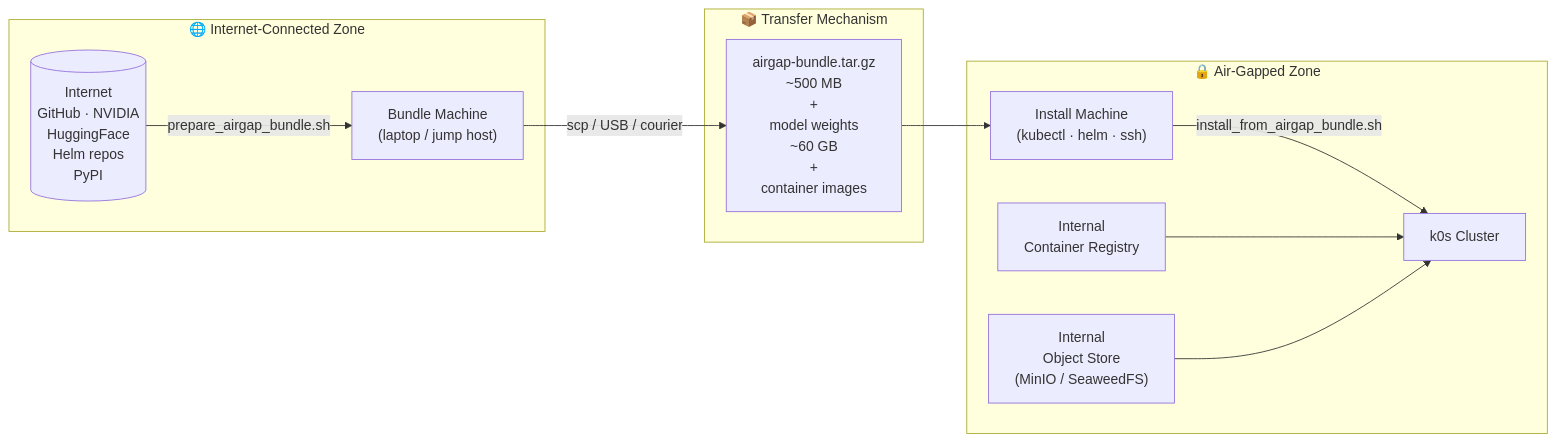
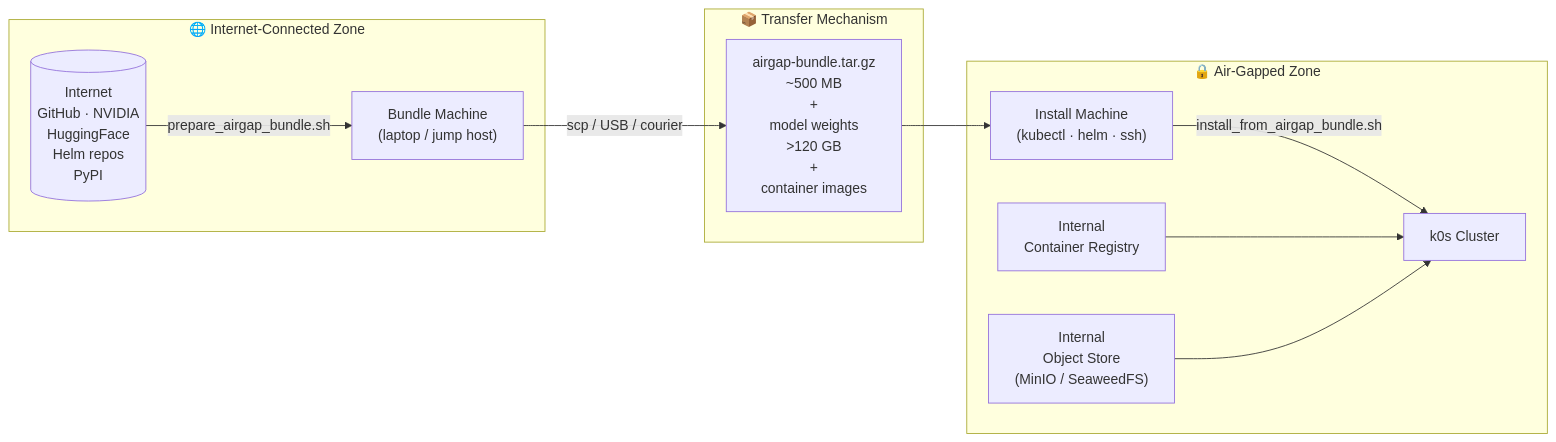
The fifth of 14 diagrams in tools/cluster_setup/DEPLOYMENT_GUIDE.md (splunk/splunk-ai-operator), drawn with Mermaid before and after one commit. The commit also changed other lines of this file and 2 other files, not shown here.

````diff
--- a/tools/cluster_setup/DEPLOYMENT_GUIDE.md
+++ b/tools/cluster_setup/DEPLOYMENT_GUIDE.md
@@ -267,25 +267,25 @@
 ```mermaid
 flowchart LR
     subgraph CONNECTED["🌐 Internet-Connected Zone"]
         BNDMACHINE["Bundle Machine\n(laptop / jump host)"]
         INTERNET[("Internet\nGitHub · NVIDIA\nHuggingFace\nHelm repos\nPyPI")]
     end
 
     subgraph TRANSFER["📦 Transfer Mechanism"]
-        TARBALL["airgap-bundle.tar.gz\n~500 MB\n+\nmodel weights\n~60 GB\n+\ncontainer images"]
+        TARBALL["airgap-bundle.tar.gz\n~500 MB\n+\nmodel weights\n>120 GB\n+\ncontainer images"]
     end
 
     subgraph AIRGAP["🔒 Air-Gapped Zone"]
         INSTALLMACHINE["Install Machine\n(kubectl · helm · ssh)"]
         REGISTRY["Internal\nContainer Registry"]
         OBJSTORE["Internal\nObject Store\n(MinIO / SeaweedFS)"]
         CLUSTER["k0s Cluster"]
     end
 
     INTERNET -->|prepare_airgap_bundle.sh| BNDMACHINE
     BNDMACHINE -->|scp / USB / courier| TARBALL
     TARBALL --> INSTALLMACHINE
     INSTALLMACHINE -->|install_from_airgap_bundle.sh| CLUSTER
     REGISTRY --> CLUSTER
     OBJSTORE --> CLUSTER
 ```
````
